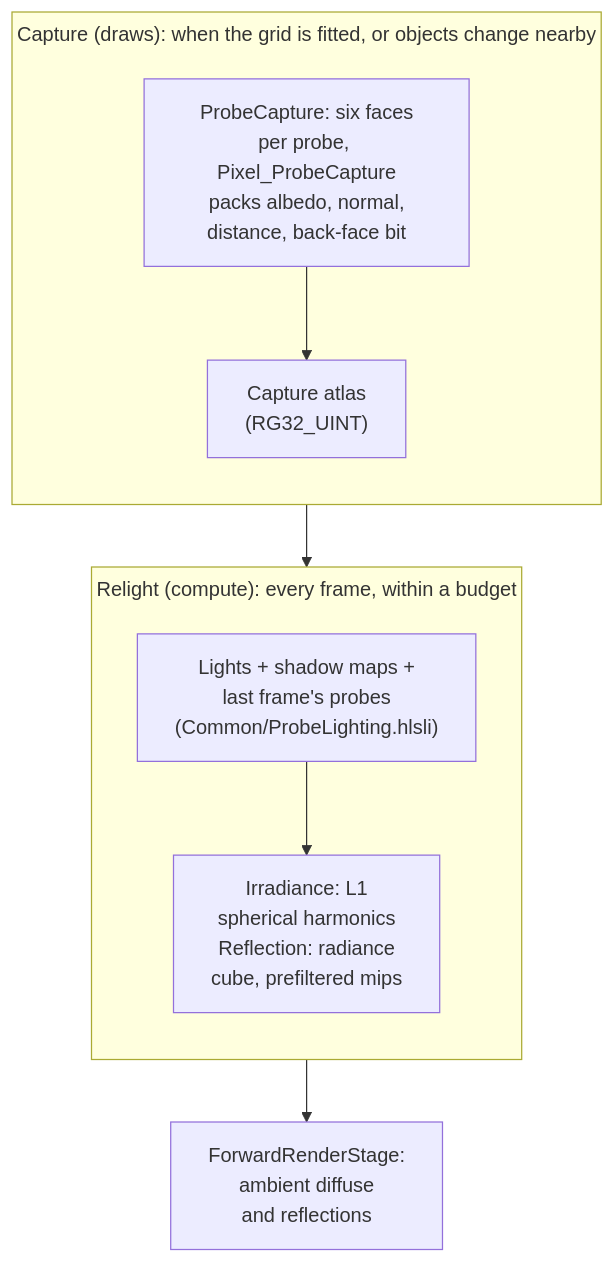
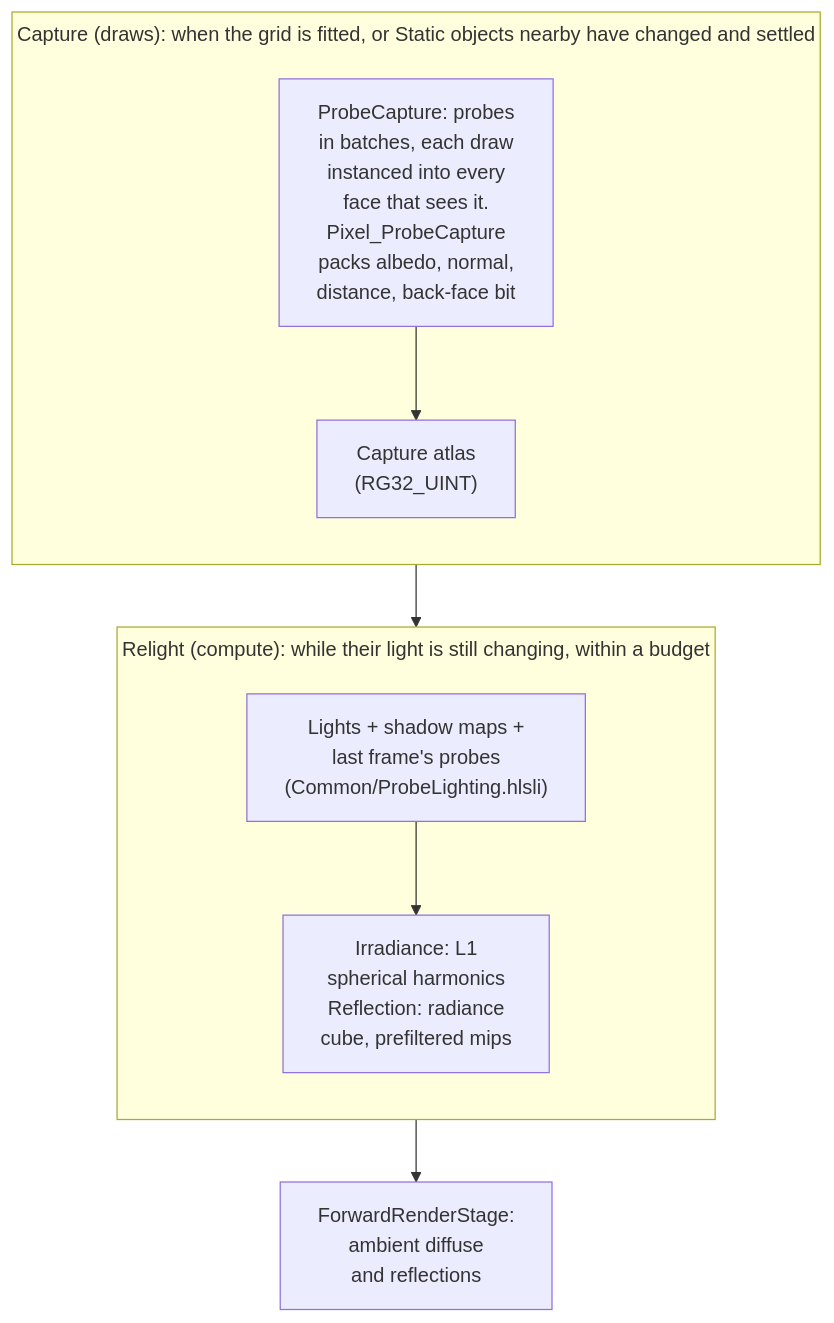
One commit to b1nary0/RZE changed the fourth of 9 diagrams in Docs/Generated/Engine/04-Rendering/Render-Stages.md. Above: the diagram before and after it, drawn with Mermaid. The commit also changed other lines of this file and 8 other files, not shown here.

````diff
--- a/Docs/Generated/Engine/04-Rendering/Render-Stages.md
+++ b/Docs/Generated/Engine/04-Rendering/Render-Stages.md
@@ -191,18 +194,18 @@
 ```mermaid
 %%{init: {'flowchart': {'subGraphTitleMargin': {'top': 6, 'bottom': 10}}, 'themeCSS': '.labelBkg, .edgeLabel { background-color: var(--background-primary) !important; } .messageText, .labelText, .loopText { paint-order: stroke; stroke: var(--background-primary); stroke-width: 12px; stroke-linejoin: round; }'}}%%
 flowchart TD
-    subgraph Capture["Capture (draws): when the grid is fitted, or objects change nearby"]
+    subgraph Capture["Capture (draws): when the grid is fitted, or Static objects nearby have changed and settled"]
         direction TB
-        C1["ProbeCapture: six faces<br/>per probe, Pixel_ProbeCapture<br/>packs albedo, normal,<br/>distance, back-face bit"]
+        C1["ProbeCapture: probes<br/>in batches, each draw<br/>instanced into every<br/>face that sees it.<br/>Pixel_ProbeCapture<br/>packs albedo, normal,<br/>distance, back-face bit"]
         C2["Capture atlas<br/>(RG32_UINT)"]
         C1 --> C2
     end
-    subgraph Relight["Relight (compute): every frame, within a budget"]
+    subgraph Relight["Relight (compute): while their light is still changing, within a budget"]
         direction TB
         R1["Lights + shadow maps +<br/>last frame's probes<br/>(Common/ProbeLighting.hlsli)"]
         R2["Irradiance: L1<br/>spherical harmonics<br/>Reflection: radiance<br/>cube, prefiltered mips"]
         R1 --> R2
     end
     C2 --> R1
     R2 --> F["ForwardRenderStage:<br/>ambient diffuse<br/>and reflections"]
 ```
````
